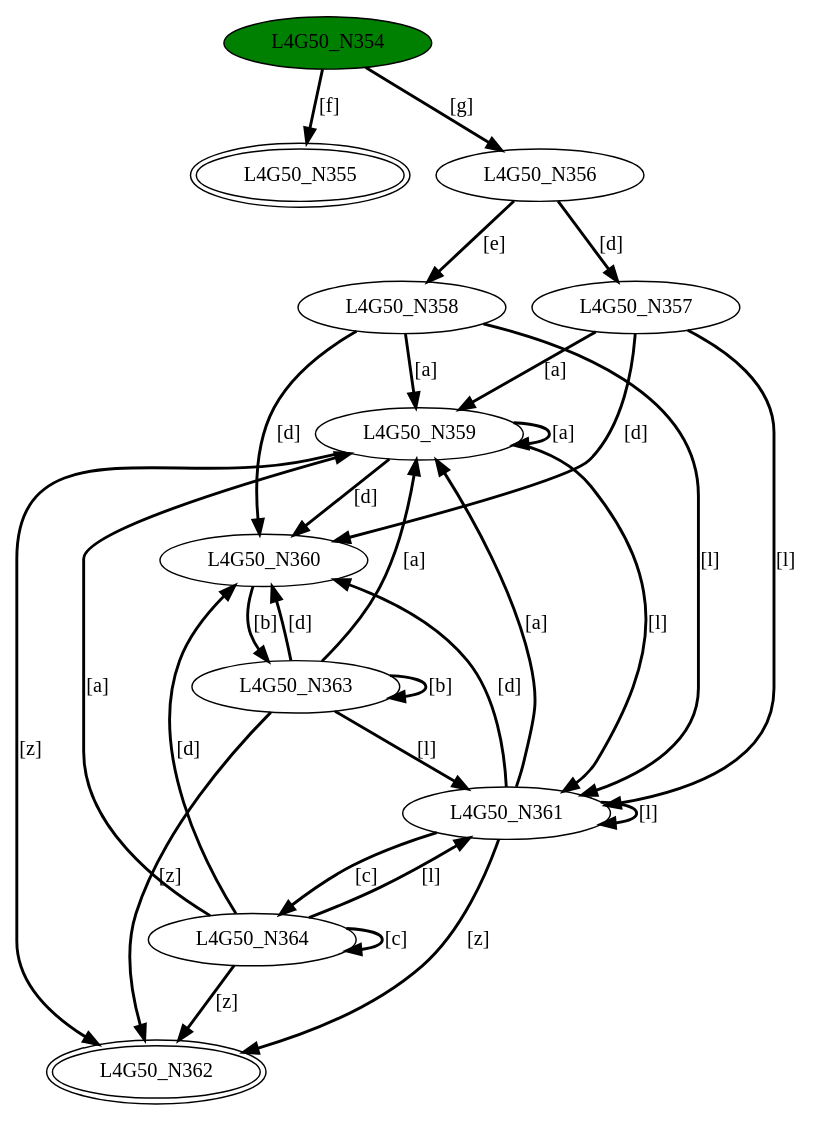
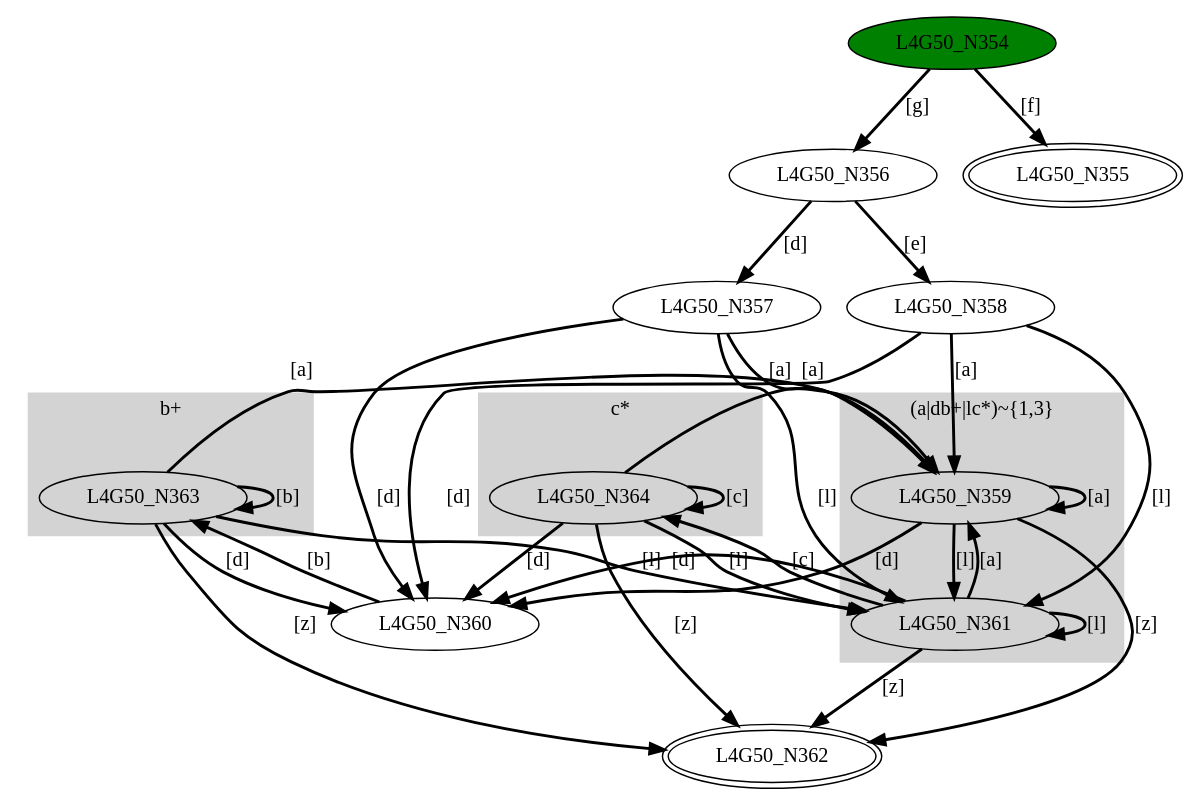
One commit to GDimitroulakos/EDUFLEX changed the diagram in DFASimulator/Testbench/mergeDFA4.dot. Above: the diagram before and after it, drawn with Graphviz. The commit also changed 24 other files, not shown here.

```diff
--- a/DFASimulator/Testbench/mergeDFA4.dot
+++ b/DFASimulator/Testbench/mergeDFA4.dot
@@ -1,43 +1,61 @@
 digraph G50{
-"L4G50_N354" [style=filled,fillcolor=green];
+	subgraph cluster6 {
+		node [style=filled];
+		style=filled;
+		color=lightgrey;
+		label ="(a|db+|lc*)~{1,3}";
+		L4G50_N359;L4G50_N361;
+	}	subgraph cluster4 {
+		node [style=filled];
+		style=filled;
+		color=lightgrey;
+		label ="b+";
+		L4G50_N363;
+	}	subgraph cluster5 {
+		node [style=filled];
+		style=filled;
+		color=lightgrey;
+		label ="c*";
+		L4G50_N364;
+	}"L4G50_N354" [style=filled,fillcolor=green];
 "L4G50_N355" [peripheries=2];
 "L4G50_N356";
 "L4G50_N357";
 "L4G50_N358";
 "L4G50_N359";
 "L4G50_N360";
 "L4G50_N361";
 "L4G50_N362" [peripheries=2];
 "L4G50_N363";
 "L4G50_N364";
 "L4G50_N354"->"L4G50_N355" [style = bold, label = "[f]"];
 "L4G50_N354"->"L4G50_N356" [style = bold, label = "[g]"];
 "L4G50_N356"->"L4G50_N357" [style = bold, label = "[d]"];
 "L4G50_N356"->"L4G50_N358" [style = bold, label = "[e]"];
 "L4G50_N357"->"L4G50_N359" [style = bold, label = "[a]"];
 "L4G50_N357"->"L4G50_N360" [style = bold, label = "[d]"];
 "L4G50_N357"->"L4G50_N361" [style = bold, label = "[l]"];
 "L4G50_N358"->"L4G50_N359" [style = bold, label = "[a]"];
 "L4G50_N358"->"L4G50_N360" [style = bold, label = "[d]"];
 "L4G50_N358"->"L4G50_N361" [style = bold, label = "[l]"];
 "L4G50_N359"->"L4G50_N359" [style = bold, label = "[a]"];
 "L4G50_N359"->"L4G50_N360" [style = bold, label = "[d]"];
 "L4G50_N359"->"L4G50_N361" [style = bold, label = "[l]"];
 "L4G50_N359"->"L4G50_N362" [style = bold, label = "[z]"];
 "L4G50_N360"->"L4G50_N363" [style = bold, label = "[b]"];
 "L4G50_N361"->"L4G50_N359" [style = bold, label = "[a]"];
 "L4G50_N361"->"L4G50_N364" [style = bold, label = "[c]"];
 "L4G50_N361"->"L4G50_N360" [style = bold, label = "[d]"];
 "L4G50_N361"->"L4G50_N361" [style = bold, label = "[l]"];
 "L4G50_N361"->"L4G50_N362" [style = bold, label = "[z]"];
 "L4G50_N363"->"L4G50_N359" [style = bold, label = "[a]"];
 "L4G50_N363"->"L4G50_N363" [style = bold, label = "[b]"];
 "L4G50_N363"->"L4G50_N360" [style = bold, label = "[d]"];
 "L4G50_N363"->"L4G50_N361" [style = bold, label = "[l]"];
 "L4G50_N363"->"L4G50_N362" [style = bold, label = "[z]"];
 "L4G50_N364"->"L4G50_N359" [style = bold, label = "[a]"];
 "L4G50_N364"->"L4G50_N364" [style = bold, label = "[c]"];
 "L4G50_N364"->"L4G50_N360" [style = bold, label = "[d]"];
 "L4G50_N364"->"L4G50_N361" [style = bold, label = "[l]"];
 "L4G50_N364"->"L4G50_N362" [style = bold, label = "[z]"];
 }
```
